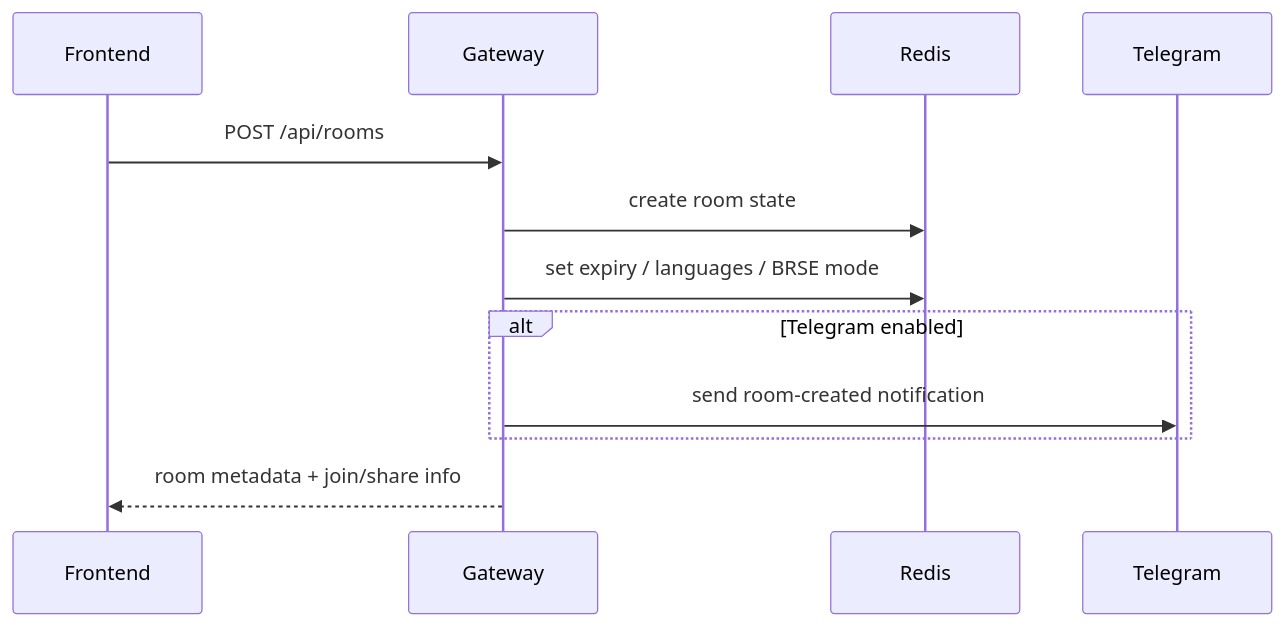
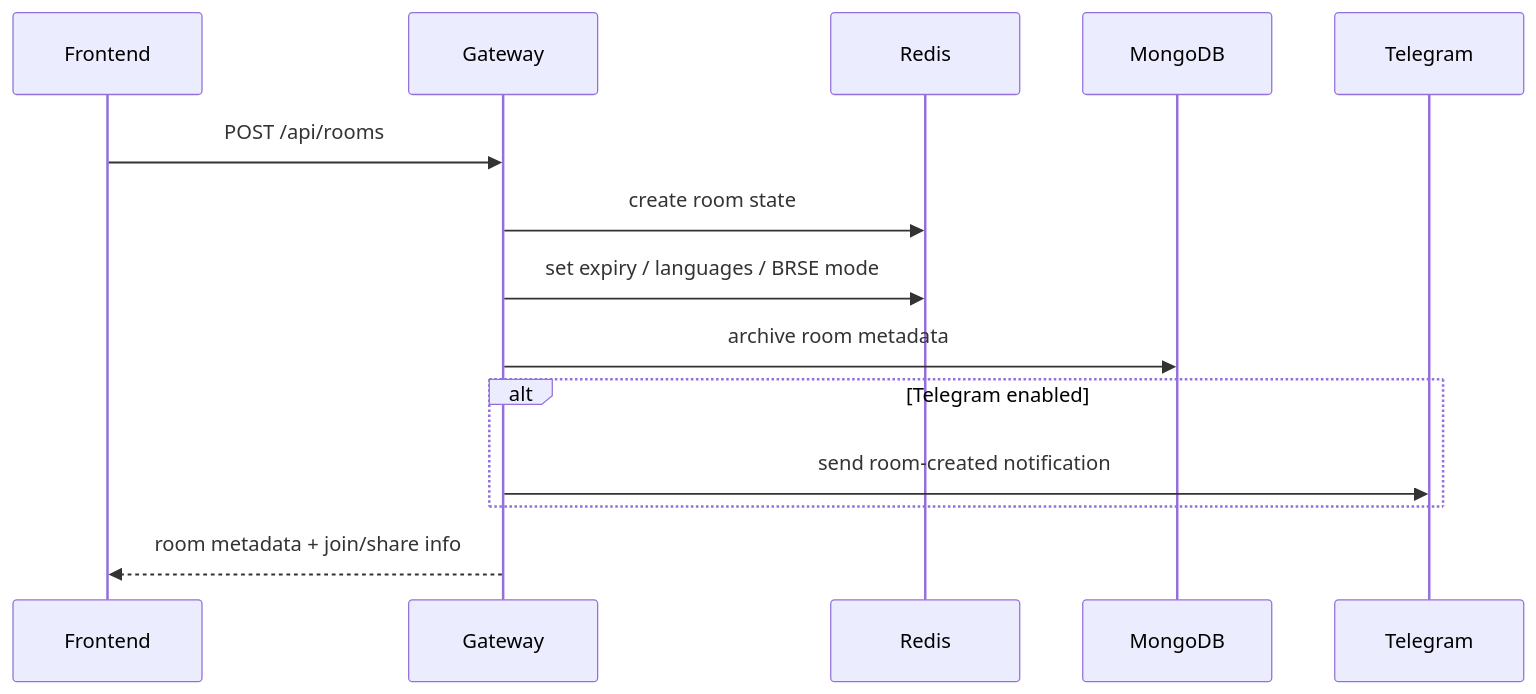
The third of 10 diagrams in docs/backend/README.md (Huy-8bit/MeetQ), drawn with Mermaid before and after one commit. The commit also changed other lines of this file and 18 other files, not shown here.

First line of the commit message:
feat: add MongoDB persistence layer for room history and participant archives

````diff
--- a/docs/backend/README.md
+++ b/docs/backend/README.md
@@ -276,15 +301,17 @@
 ```mermaid
 sequenceDiagram
     participant FE as Frontend
     participant GW as Gateway
     participant Redis as Redis
+    participant Mongo as MongoDB
     participant TG as Telegram
 
     FE->>GW: POST /api/rooms
     GW->>Redis: create room state
     GW->>Redis: set expiry / languages / BRSE mode
+    GW->>Mongo: archive room metadata
     alt Telegram enabled
         GW->>TG: send room-created notification
     end
     GW-->>FE: room metadata + join/share info
 ```
````
